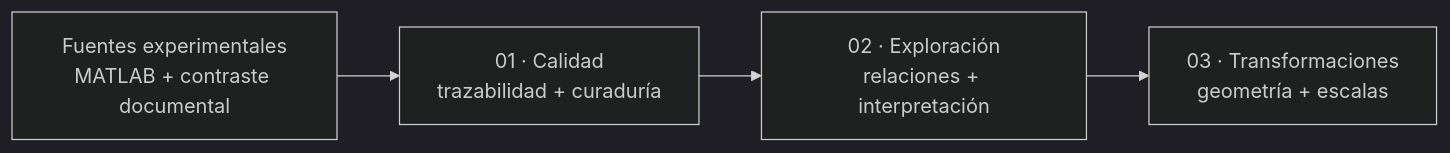
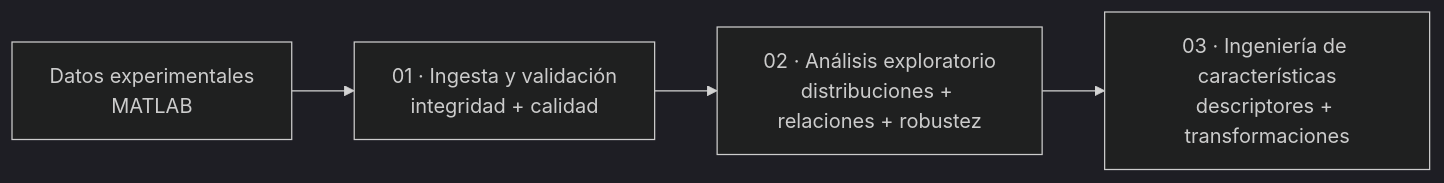
Before and after one commit to melissaaylasb-sudo/T02_MIA14_SeccionB: the diagram in README.md, drawn with Mermaid (dark theme). The commit also changed other lines of this file and 60 other files, not shown here.

````diff
--- a/README.md
+++ b/README.md
@@ -79,6 +83,6 @@
 ```mermaid
 flowchart LR
-    A["Fuentes experimentales<br/>MATLAB + contraste documental"] --> B["01 · Calidad<br/>trazabilidad + curaduría"]
-    B --> C["02 · Exploración<br/>relaciones + interpretación"]
-    C --> D["03 · Transformaciones<br/>geometría + escalas"]
+    A["Datos experimentales<br/>MATLAB"] --> B["01 · Ingesta y validación<br/>integridad + calidad"]
+    B --> C["02 · Análisis exploratorio<br/>distribuciones + relaciones + robustez"]
+    C --> D["03 · Ingeniería de características<br/>descriptores + transformaciones"]
 ```
````
